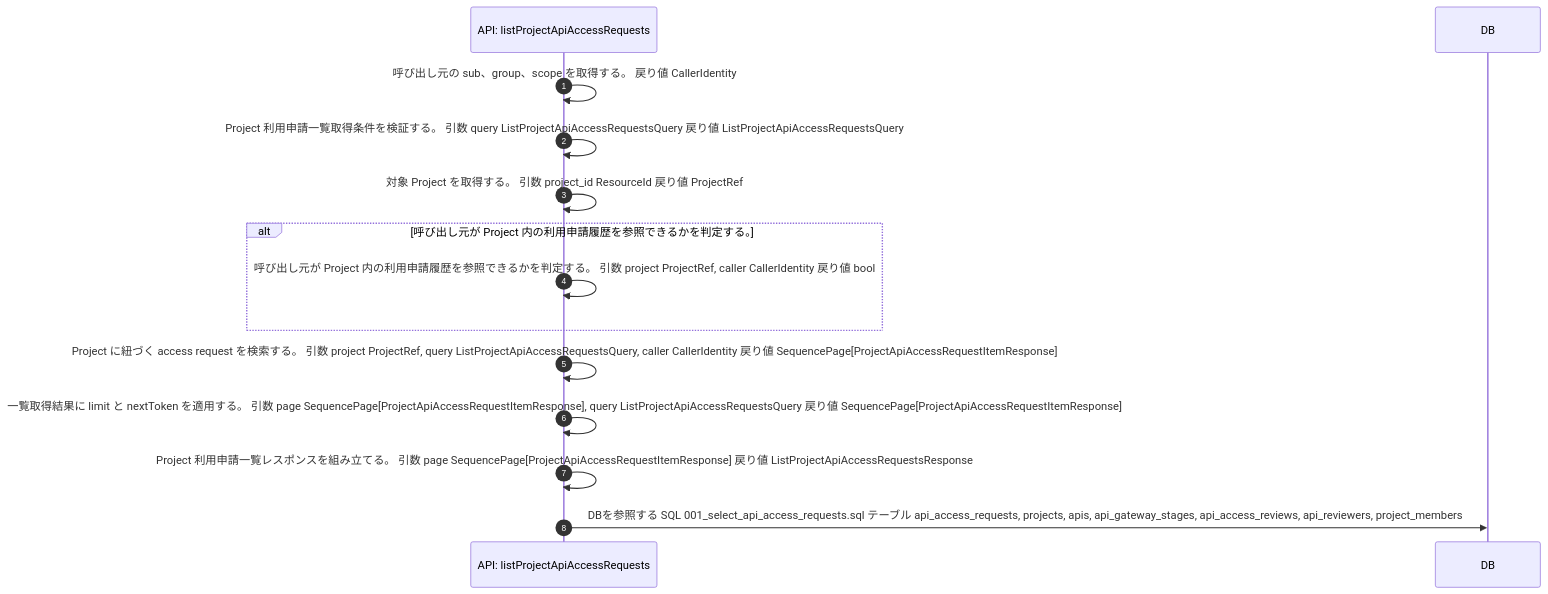
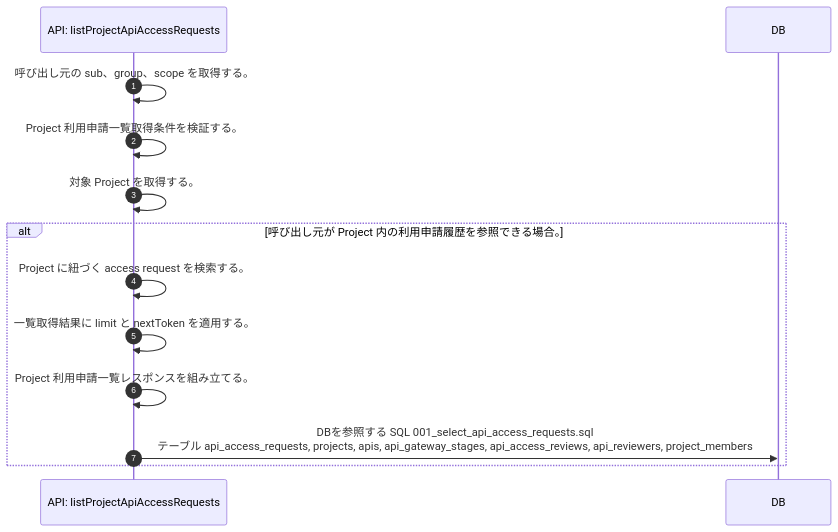
Before and after one commit to tsuji-tomonori/lazunex: the diagram in docs/spec/40.apis/projects/list_project_api_access_requests/sequence_gen.md, drawn with Mermaid. The commit also changed 16 other files, not shown here.

First line of the commit message:
🐛 fix(api): sequence条件分岐の表示を修正

````diff
--- a/docs/spec/40.apis/projects/list_project_api_access_requests/sequence_gen.md
+++ b/docs/spec/40.apis/projects/list_project_api_access_requests/sequence_gen.md
@@ -5,16 +5,15 @@
 ```mermaid
 sequenceDiagram
   autonumber
   participant API as API: listProjectApiAccessRequests
   participant DB as DB
-  API->>API: 呼び出し元の sub、group、scope を取得する。 戻り値 CallerIdentity
-  API->>API: Project 利用申請一覧取得条件を検証する。 引数 query ListProjectApiAccessRequestsQuery 戻り値 ListProjectApiAccessRequestsQuery
-  API->>API: 対象 Project を取得する。 引数 project_id ResourceId 戻り値 ProjectRef
-  alt 呼び出し元が Project 内の利用申請履歴を参照できるかを判定する。
-    API->>API: 呼び出し元が Project 内の利用申請履歴を参照できるかを判定する。 引数 project ProjectRef, caller CallerIdentity 戻り値 bool
+  API->>API: 呼び出し元の sub、group、scope を取得する。
+  API->>API: Project 利用申請一覧取得条件を検証する。
+  API->>API: 対象 Project を取得する。
+  alt 呼び出し元が Project 内の利用申請履歴を参照できる場合。
+    API->>API: Project に紐づく access request を検索する。
+    API->>API: 一覧取得結果に limit と nextToken を適用する。
+    API->>API: Project 利用申請一覧レスポンスを組み立てる。
+    API->>DB: DBを参照する SQL 001_select_api_access_requests.sql<br/>テーブル api_access_requests, projects, apis, api_gateway_stages, api_access_reviews, api_reviewers, project_members
   end
-  API->>API: Project に紐づく access request を検索する。 引数 project ProjectRef, query ListProjectApiAccessRequestsQuery, caller CallerIdentity 戻り値 SequencePage[ProjectApiAccessRequestItemResponse]
-  API->>API: 一覧取得結果に limit と nextToken を適用する。 引数 page SequencePage[ProjectApiAccessRequestItemResponse], query ListProjectApiAccessRequestsQuery 戻り値 SequencePage[ProjectApiAccessRequestItemResponse]
-  API->>API: Project 利用申請一覧レスポンスを組み立てる。 引数 page SequencePage[ProjectApiAccessRequestItemResponse] 戻り値 ListProjectApiAccessRequestsResponse
-  API->>DB: DBを参照する SQL 001_select_api_access_requests.sql テーブル api_access_requests, projects, apis, api_gateway_stages, api_access_reviews, api_reviewers, project_members
 ```
````
